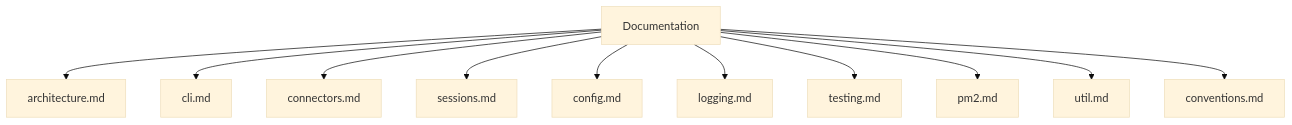
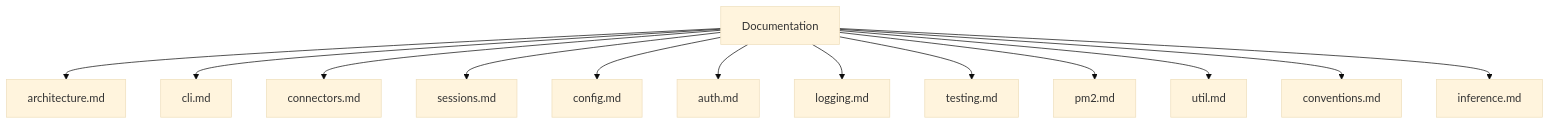
The diagram in docs/README.md (ex3ndr/daycare), drawn with Mermaid (base theme) before and after one commit. The commit also changed other lines of this file and 20 other files, not shown here.

Commit message:
feat: add auth and inference runtime

````diff
--- a/docs/README.md
+++ b/docs/README.md
@@ -18,13 +20,15 @@
 ```mermaid
 flowchart TD
   Docs[Documentation] --> Arch[architecture.md]
   Docs --> CLI[cli.md]
   Docs --> Conn[connectors.md]
   Docs --> Sess[sessions.md]
   Docs --> Config[config.md]
+  Docs --> Auth[auth.md]
   Docs --> Log[logging.md]
   Docs --> Test[testing.md]
   Docs --> PM2[pm2.md]
   Docs --> Util[util.md]
   Docs --> Conv[conventions.md]
+  Docs --> Infer[inference.md]
 ```
````
